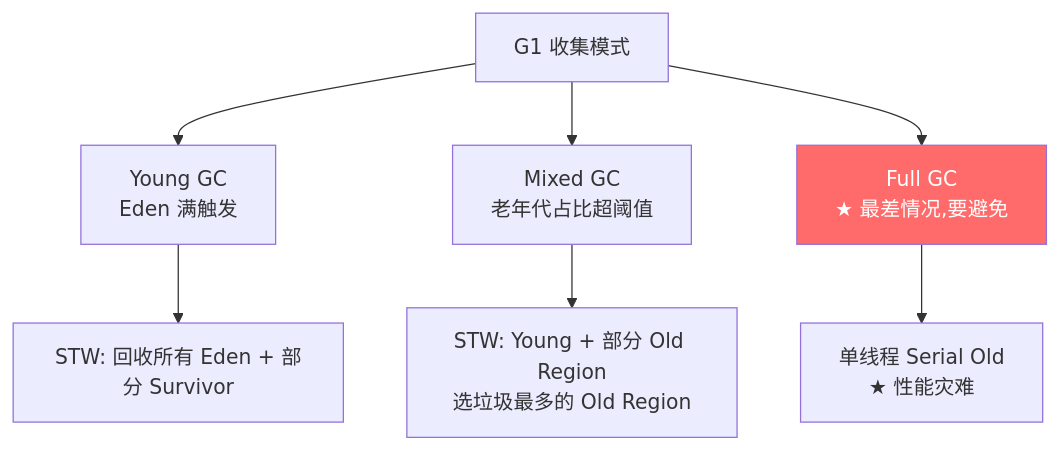
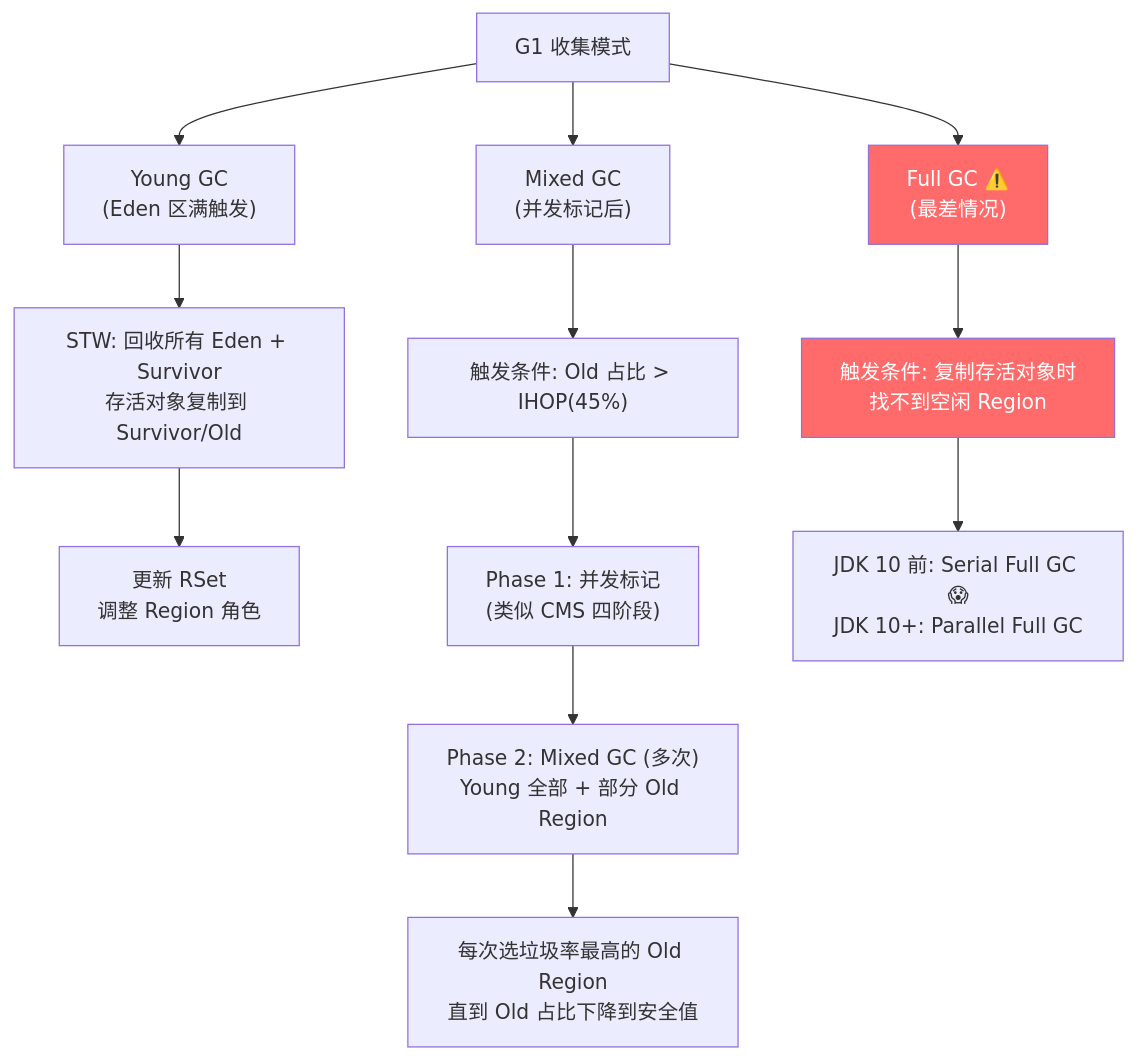
Before and after one commit to qigao0787-ops/gq-test: diagram 12 of 34 in document/strengthen/性能调优面试总结_增强版.md, drawn with Mermaid. The commit also changed other lines of this file, not shown here.

````diff
--- a/document/strengthen/性能调优面试总结_增强版.md
+++ b/document/strengthen/性能调优面试总结_增强版.md
@@ -333,12 +742,20 @@
 ```mermaid
 flowchart TD
-    A[G1 收集模式] --> B[Young GC<br/>Eden 满触发]
-    A --> C[Mixed GC<br/>老年代占比超阈值]
-    A --> D[Full GC<br/>★ 最差情况,要避免]
+    A["G1 收集模式"] --> B["Young GC<br/>(Eden 区满触发)"]
+    A --> C["Mixed GC<br/>(并发标记后)"]
+    A --> D["Full GC ⚠️<br/>(最差情况)"]
 
-    B --> B1[STW: 回收所有 Eden + 部分 Survivor]
-    C --> C1[STW: Young + 部分 Old Region<br/>选垃圾最多的 Old Region]
-    D --> D1[单线程 Serial Old<br/>★ 性能灾难]
+    B --> B1["STW: 回收所有 Eden + Survivor<br/>存活对象复制到 Survivor/Old"]
+    B1 --> B2["更新 RSet<br/>调整 Region 角色"]
+
+    C --> C0["触发条件: Old 占比 > IHOP(45%)"]
+    C0 --> C1["Phase 1: 并发标记<br/>(类似 CMS 四阶段)"]
+    C1 --> C2["Phase 2: Mixed GC (多次)<br/>Young 全部 + 部分 Old Region"]
+    C2 --> C3["每次选垃圾率最高的 Old Region<br/>直到 Old 占比下降到安全值"]
+
+    D --> D1["触发条件: 复制存活对象时<br/>找不到空闲 Region"]
+    D1 --> D2["JDK 10 前: Serial Full GC 😱<br/>JDK 10+: Parallel Full GC"]
 
     style D fill:#ff6b6b,color:#fff
+    style D1 fill:#ff6b6b,color:#fff
 ```
````
